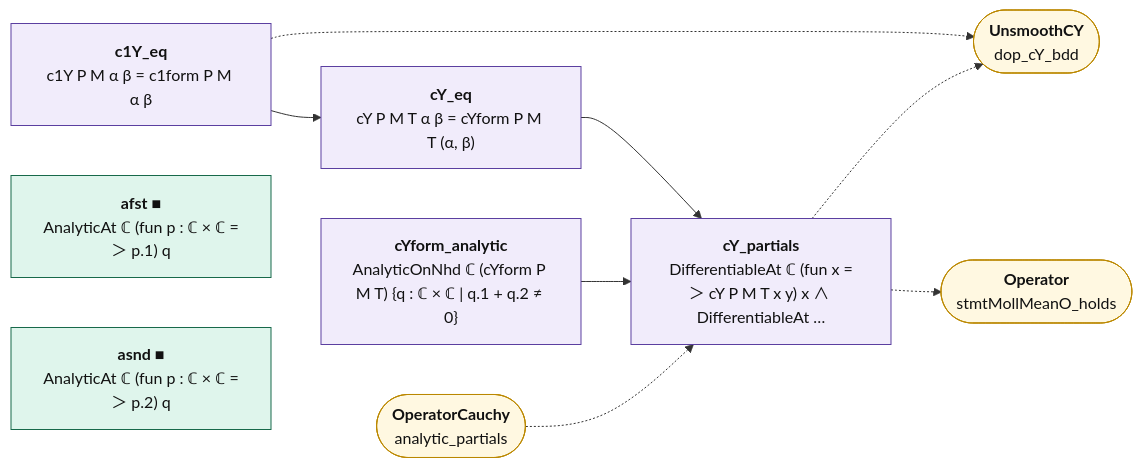
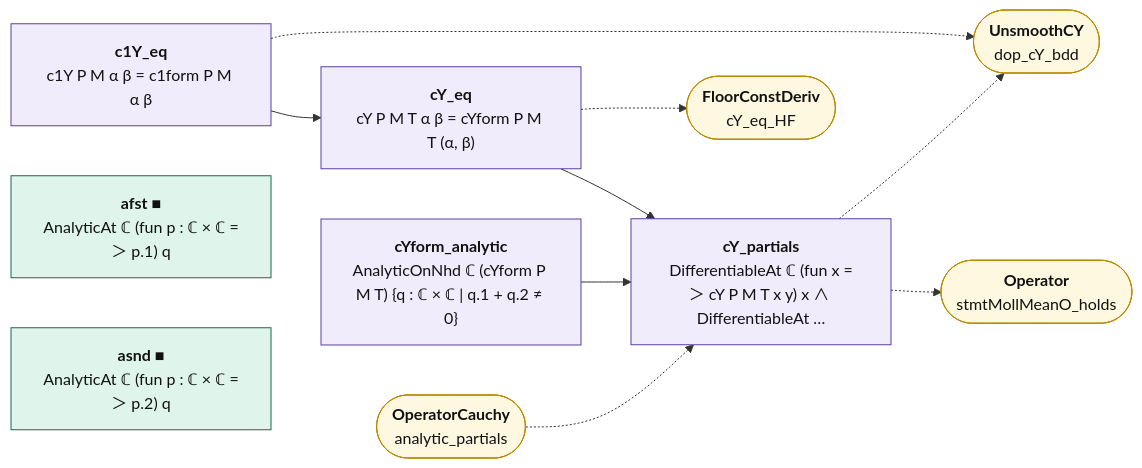
The diagram in map/lean_stage3/OperatorCY.mmd (juliansambranojr/Primebeat_081426), drawn with Mermaid before and after one commit. The commit also changed 21 other files, not shown here.

```diff
--- a/map/lean_stage3/OperatorCY.mmd
+++ b/map/lean_stage3/OperatorCY.mmd
@@ -1,25 +1,27 @@
 flowchart LR
   n0["<b>c1Y_eq</b><br/>c1Y P M α β = c1form P M α β"]:::shp
   n1["<b>cY_eq</b><br/>cY P M T α β = cYform P M T (α, β)"]:::shp
   n2["<b>afst ■</b><br/>AnalyticAt ℂ (fun p : ℂ × ℂ =＞ p.1) q"]:::cnt
   n3["<b>asnd ■</b><br/>AnalyticAt ℂ (fun p : ℂ × ℂ =＞ p.2) q"]:::cnt
   n4["<b>cYform_analytic</b><br/>AnalyticOnNhd ℂ (cYform P M T) {q : ℂ × ℂ | q.1 + q.2 ≠ 0}"]:::shp
   n5["<b>cY_partials</b><br/>DifferentiableAt ℂ (fun x =＞ cY P M T x y) x ∧ DifferentiableAt …"]:::shp
   x0(["<b>UnsmoothCY</b><br/>dop_cY_bdd"]):::ext
-  x1(["<b>OperatorCauchy</b><br/>analytic_partials"]):::ext
-  x2(["<b>Operator</b><br/>stmtMollMeanO_holds"]):::ext
+  x1(["<b>FloorConstDeriv</b><br/>cY_eq_HF"]):::ext
+  x2(["<b>OperatorCauchy</b><br/>analytic_partials"]):::ext
+  x3(["<b>Operator</b><br/>stmtMollMeanO_holds"]):::ext
   n0 --> n1
   n1 --> n5
   n4 --> n5
   n0 -.-> x0
+  n1 -.-> x1
   n5 -.-> x0
-  n5 -.-> x2
-  x1 -.-> n5
+  n5 -.-> x3
+  x2 -.-> n5
   classDef cnt fill:#dff5ec,stroke:#17694a,color:#111
   classDef shp fill:#f1ecfb,stroke:#5b3fa0,color:#111
   classDef rh fill:#ffe5e5,stroke:#c22,color:#111,stroke-width:2px
   classDef thm fill:#eef4ff,stroke:#335,color:#111
   classDef end_ fill:#e7f7e7,stroke:#2a7,color:#111,stroke-width:2px
   classDef lone fill:#fff,stroke:#999,color:#111,stroke-dasharray:4 3
   classDef bad fill:#ffe5e5,stroke:#c22,color:#111,stroke-width:2px
   classDef ext fill:#fff8e1,stroke:#b80,color:#111
```
